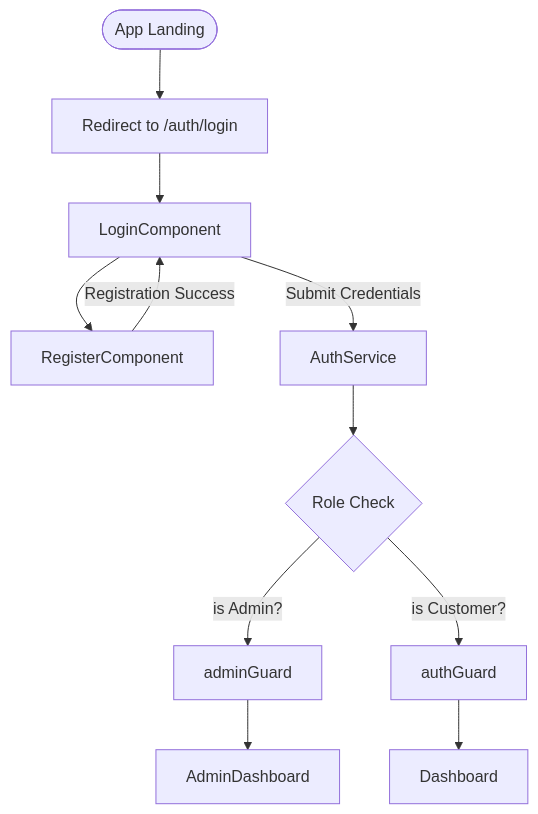
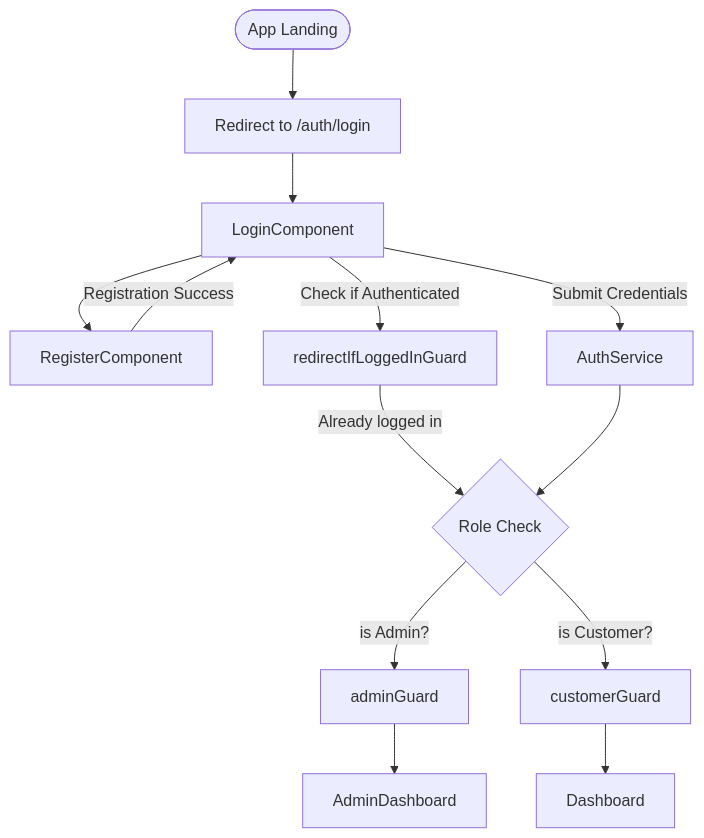
The first of 3 diagrams in README.md (saksham2882/property-rental-management-portal), drawn with Mermaid before and after one commit. The commit also changed other lines of this file, not shown here.

````diff
--- a/README.md
+++ b/README.md
@@ -14,11 +14,15 @@
 ```mermaid
 graph TD
     Start([App Landing]) --> Redirect[Redirect to /auth/login]
     Redirect --> LoginComponent[LoginComponent]
     LoginComponent --> RegisterComponent[RegisterComponent]
     RegisterComponent -->|Registration Success| LoginComponent
+    
+    LoginComponent -->|Check if Authenticated| redirectIfLoggedInGuard[redirectIfLoggedInGuard]
+    redirectIfLoggedInGuard -->|Already logged in| Router{Role Check}
+    
     LoginComponent -->|Submit Credentials| AuthService[AuthService]
     AuthService --> Router{Role Check}
     Router -->|is Admin?| adminGuard[adminGuard] --> AdminDashboard[AdminDashboard]
-    Router -->|is Customer?| authGuard[authGuard] --> Dashboard[Dashboard]
+    Router -->|is Customer?| customerGuard[customerGuard] --> Dashboard[Dashboard]
 ```
````
